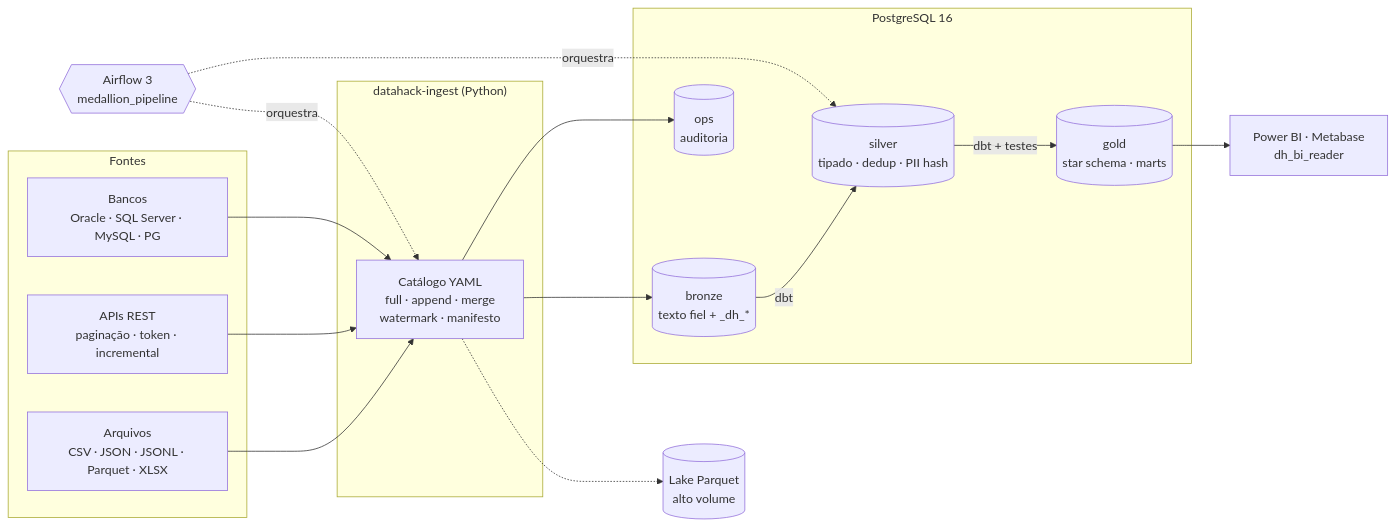
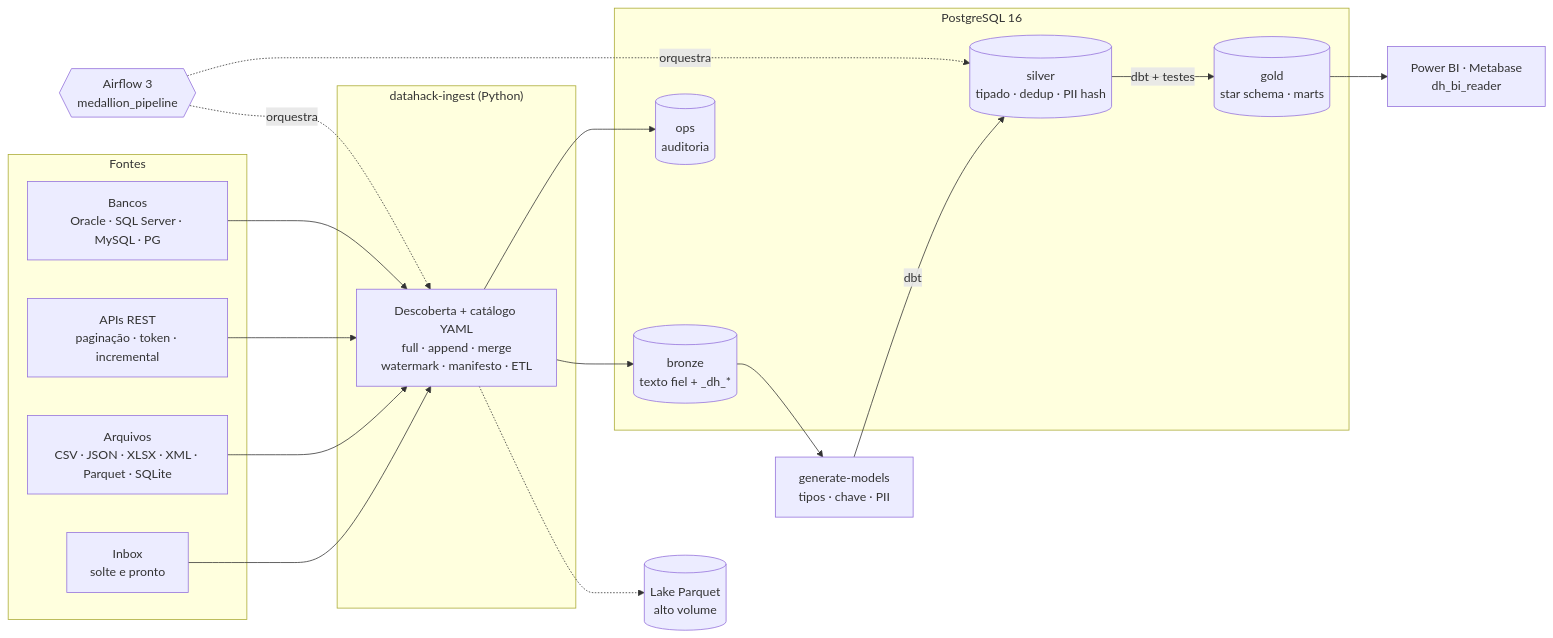
Before and after one commit to FellypeLimadaSilva/datahack: the diagram in README.md, drawn with Mermaid. The commit also changed other lines of this file and 68 other files, not shown here.

````diff
--- a/README.md
+++ b/README.md
@@ -9,25 +11,27 @@
 ```mermaid
 flowchart LR
     subgraph Fontes
-        F1[Arquivos<br/>CSV · JSON · JSONL · Parquet · XLSX]
+        F0[Inbox<br/>solte e pronto]
+        F1[Arquivos<br/>CSV · JSON · XLSX · XML · Parquet · SQLite]
         F2[APIs REST<br/>paginação · token · incremental]
         F3[Bancos<br/>Oracle · SQL Server · MySQL · PG]
     end
     subgraph Ingestão["datahack-ingest (Python)"]
-        I[Catálogo YAML<br/>full · append · merge<br/>watermark · manifesto]
+        I[Descoberta + catálogo YAML<br/>full · append · merge<br/>watermark · manifesto · ETL]
     end
     subgraph WH["PostgreSQL 16"]
         B[(bronze<br/>texto fiel + _dh_*)]
         O[(ops<br/>auditoria)]
         S[(silver<br/>tipado · dedup · PII hash)]
         G[(gold<br/>star schema · marts)]
     end
     L[(Lake Parquet<br/>alto volume)]
     BI[Power BI · Metabase<br/>dh_bi_reader]
-    F1 & F2 & F3 --> I --> B
+    M[generate-models<br/>tipos · chave · PII]
+    F0 & F1 & F2 & F3 --> I --> B
     I -.-> L
     I --> O
-    B -->|dbt| S -->|dbt + testes| G --> BI
+    B --> M -->|dbt| S -->|dbt + testes| G --> BI
     A{{Airflow 3<br/>medallion_pipeline}} -. orquestra .-> I
     A -. orquestra .-> S
 ```
````
